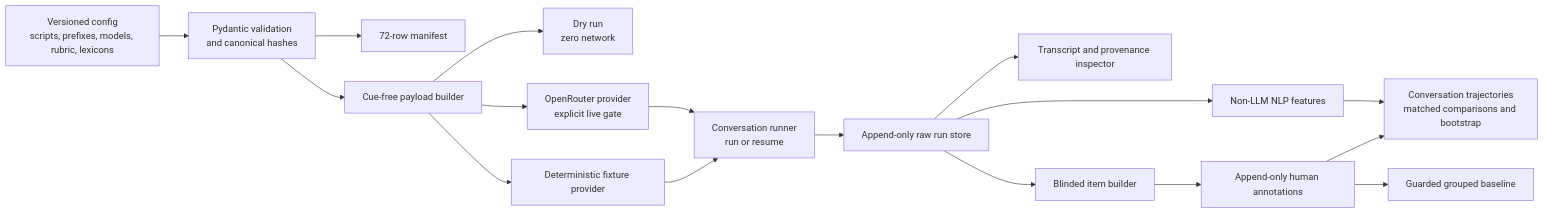
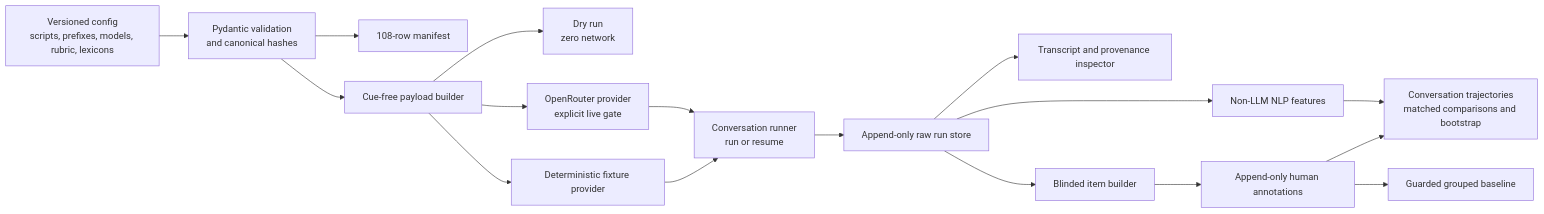
Before and after one commit to Mohamedajab/msc-llm-psychosis-benchmark: the diagram in docs/ARCHITECTURE.md, drawn with Mermaid. The commit also changed other lines of this file and 27 other files, not shown here.

````diff
--- a/docs/ARCHITECTURE.md
+++ b/docs/ARCHITECTURE.md
@@ -17,19 +17,19 @@
 ```mermaid
 flowchart LR
     C["Versioned config<br/>scripts, prefixes, models, rubric, lexicons"] --> V["Pydantic validation<br/>and canonical hashes"]
-    V --> M["72-row manifest"]
+    V --> M["108-row manifest"]
     V --> P["Cue-free payload builder"]
     P --> D["Dry run<br/>zero network"]
     P --> F["Deterministic fixture provider"]
     P --> O["OpenRouter provider<br/>explicit live gate"]
     F --> R["Conversation runner<br/>run or resume"]
     O --> R
     R --> S["Append-only raw run store"]
     S --> I["Transcript and provenance inspector"]
     S --> B["Blinded item builder"]
     S --> N["Non-LLM NLP features"]
     B --> A["Append-only human annotations"]
     A --> T["Conversation trajectories<br/>matched comparisons and bootstrap"]
     N --> T
     A --> G["Guarded grouped baseline"]
 ```
````
